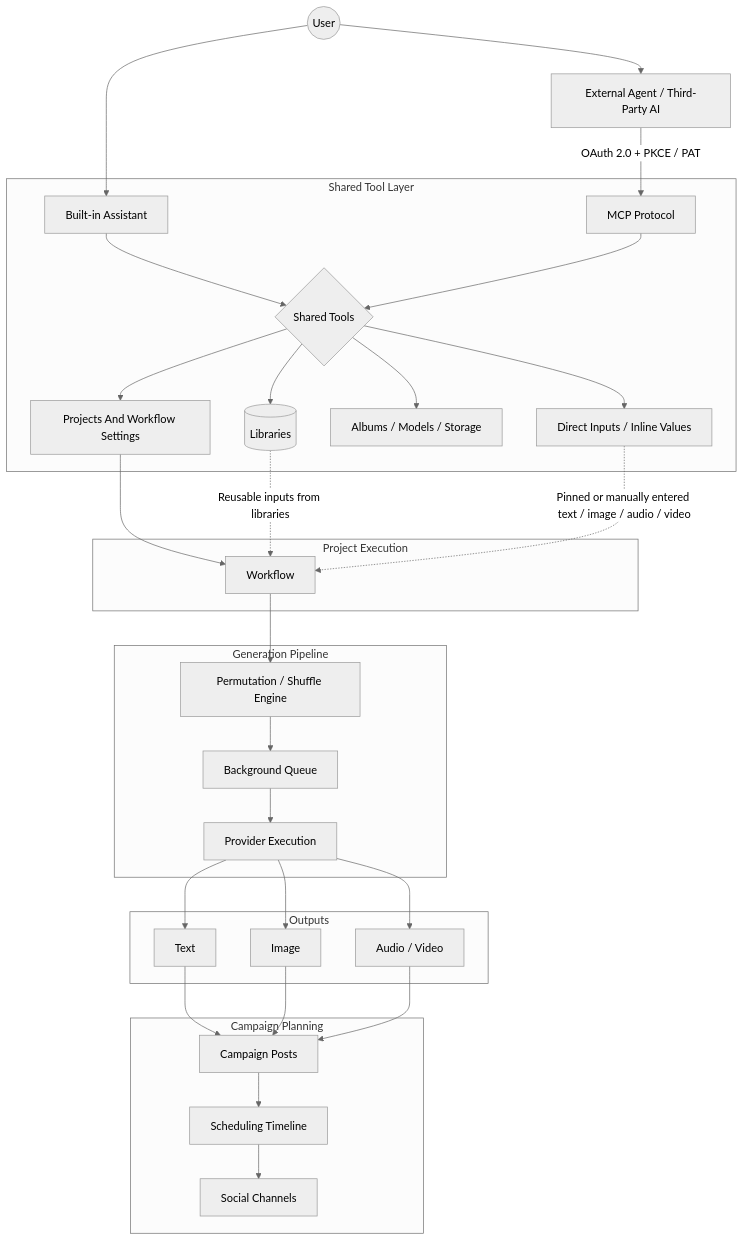
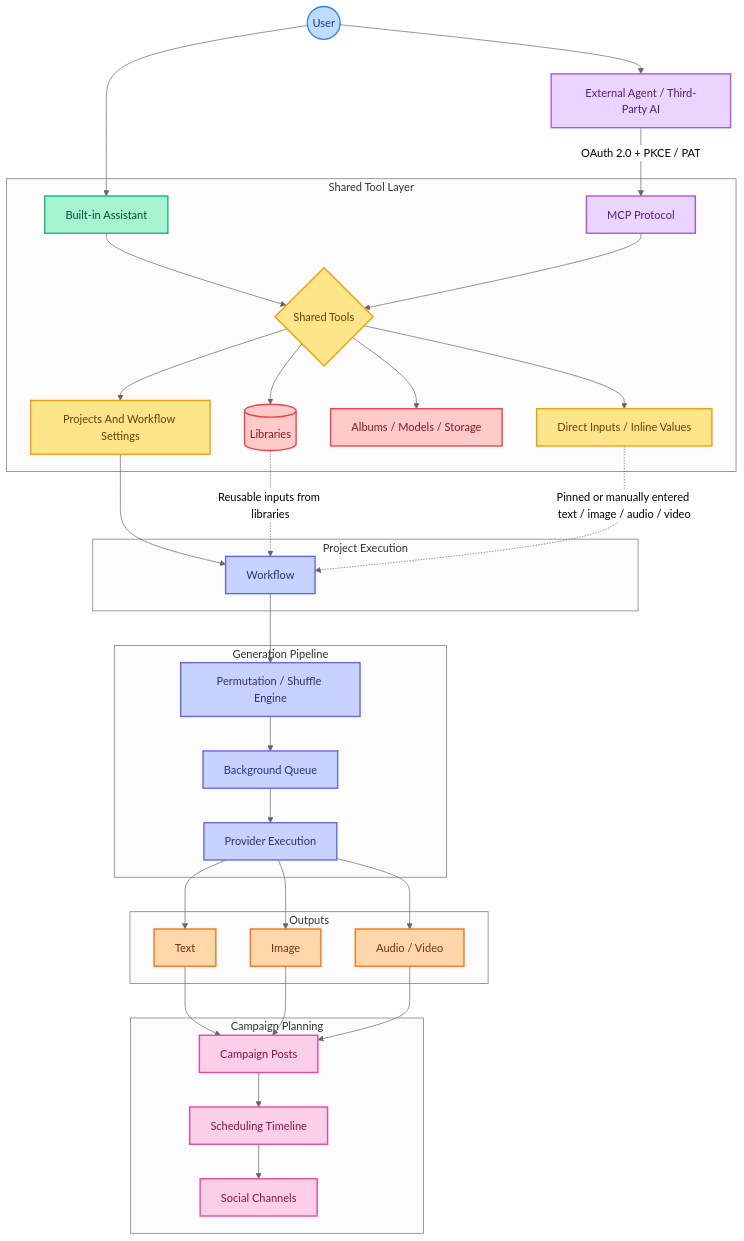
Before and after one commit to ShinChven/remix-studio: the diagram in README.md, drawn with Mermaid (neutral theme).

Commit message:
docs: add mermaid class definitions and styling to architecture diagram in README

````diff
--- a/README.md
+++ b/README.md
@@ -54,44 +54,62 @@
 ```mermaid
 flowchart TD
     U((User))
 
     U --> A[Built-in Assistant]
     U --> X[External Agent / Third-Party AI]
     X -->|OAuth 2.0 + PKCE / PAT| M[MCP Protocol]
 
     subgraph ToolsLayer [Shared Tool Layer]
         A --> T{Shared Tools}
         M --> T
 
         T --> L[(Libraries)]
         T --> P[Projects And Workflow Settings]
         T --> R[Albums / Models / Storage]
         T --> D[Direct Inputs / Inline Values]
     end
 
     subgraph ProjectFlow [Project Execution]
         P --> W[Workflow]
         L -.->|Reusable inputs from libraries| W
         D -.->|Pinned or manually entered text / image / audio / video| W
     end
 
     subgraph Execution [Generation Pipeline]
         W --> C[Permutation / Shuffle Engine]
         C --> B[Background Queue]
         B --> E[Provider Execution]
     end
 
     subgraph Outputs [Outputs]
         E --> TXT[Text]
         E --> IMG[Image]
         E --> MED[Audio / Video]
     end
 
     subgraph Campaigns [Campaign Planning]
         TXT --> CPOST[Campaign Posts]
         IMG --> CPOST
         MED --> CPOST
         CPOST --> SCH[Scheduling Timeline]
         SCH --> SOC[Social Channels]
     end
+
+    classDef userNode fill:#bfdbfe,stroke:#3b82f6,stroke-width:2px,color:#1e3a8a
+    classDef assistantNode fill:#a7f3d0,stroke:#10b981,stroke-width:2px,color:#064e3b
+    classDef externalNode fill:#e9d5ff,stroke:#a855f7,stroke-width:2px,color:#581c87
+    classDef toolNode fill:#fde68a,stroke:#f59e0b,stroke-width:2px,color:#78350f
+    classDef storageNode fill:#fecaca,stroke:#ef4444,stroke-width:2px,color:#7f1d1d
+    classDef executionNode fill:#c7d2fe,stroke:#6366f1,stroke-width:2px,color:#312e81
+    classDef outputNode fill:#fed7aa,stroke:#f97316,stroke-width:2px,color:#7c2d12
+    classDef campaignNode fill:#fbcfe8,stroke:#ec4899,stroke-width:2px,color:#831843
+
+    class U userNode
+    class A assistantNode
+    class X,M externalNode
+    class T,P,D toolNode
+    class L,R storageNode
+    class W,C,B,E executionNode
+    class TXT,IMG,MED outputNode
+    class CPOST,SCH,SOC campaignNode
 ```
````
